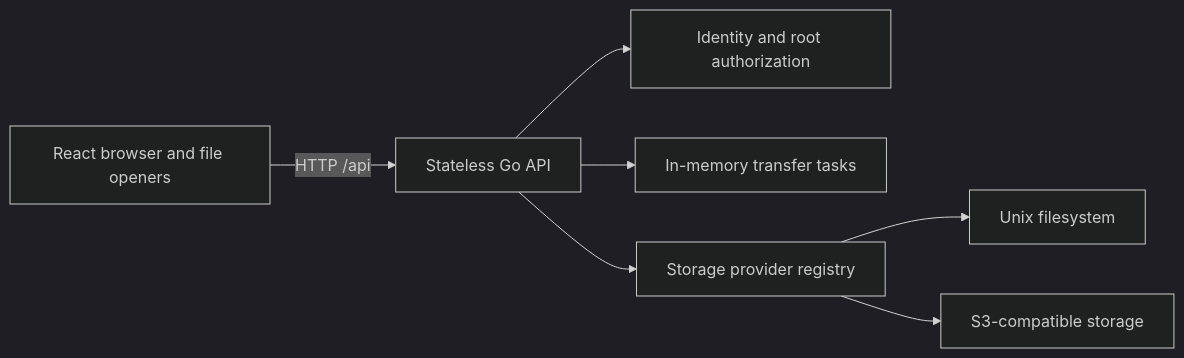
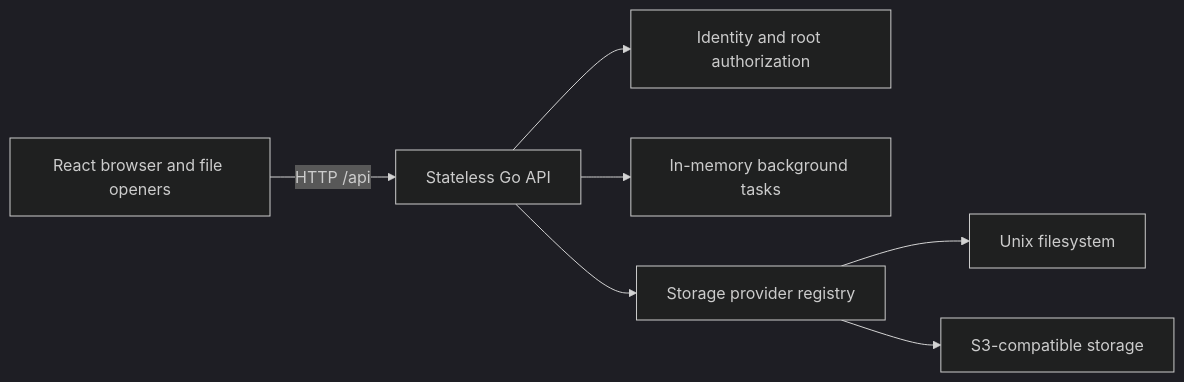
Before and after one commit to k3rnL/cagnard: the diagram in docs/architecture/overview.md, drawn with Mermaid (dark theme). The commit also changed other lines of this file and 61 other files, not shown here.

````diff
--- a/docs/architecture/overview.md
+++ b/docs/architecture/overview.md
@@ -5,9 +5,9 @@
 ```mermaid
 flowchart LR
   Browser["React browser and file openers"] -->|"HTTP /api"| Backend["Stateless Go API"]
   Backend --> Auth["Identity and root authorization"]
-  Backend --> Tasks["In-memory transfer tasks"]
+  Backend --> Tasks["In-memory background tasks"]
   Backend --> Registry["Storage provider registry"]
   Registry --> FS["Unix filesystem"]
   Registry --> S3["S3-compatible storage"]
 ```
````
